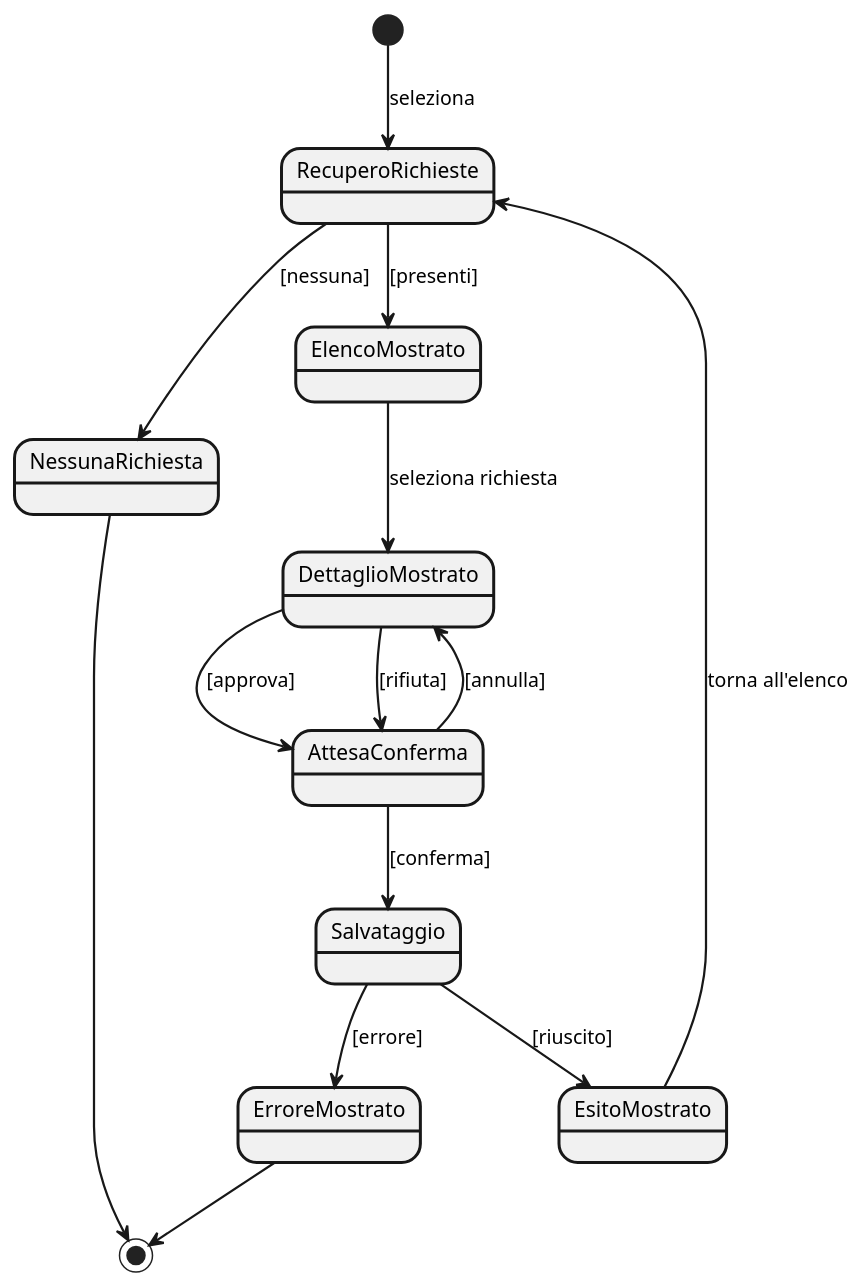
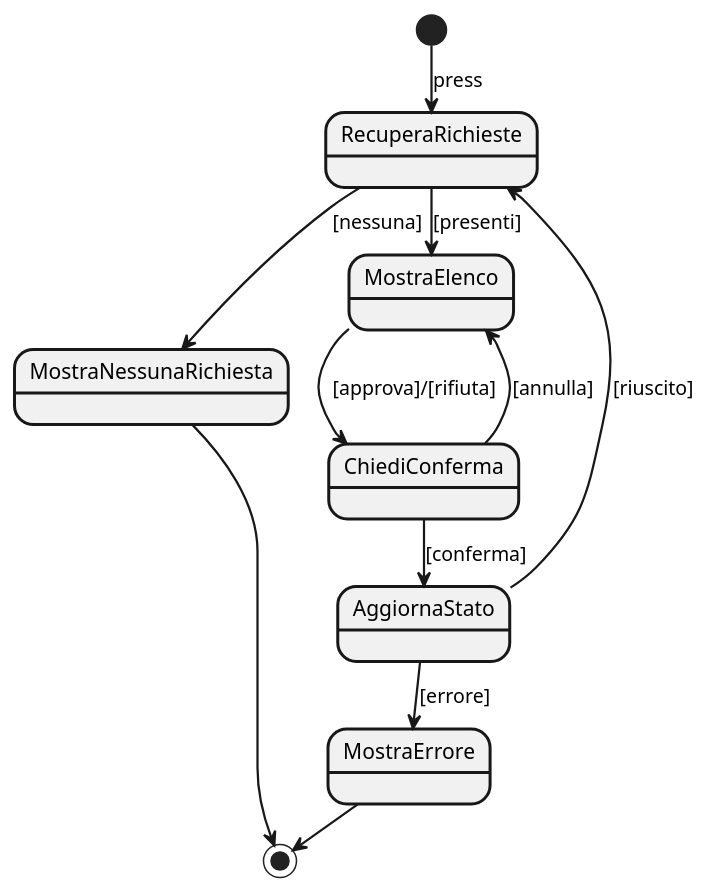
The diagram in RAD/src/SCD/SCD_GM_6.plantuml (rdelvacchio/AmplyMus), drawn with PlantUML before and after one commit. The commit also changed 4 other files, not shown here.

```diff
--- a/RAD/src/SCD/SCD_GM_6.plantuml
+++ b/RAD/src/SCD/SCD_GM_6.plantuml
@@ -1,31 +1,26 @@
 @startuml
 skinparam monochrome true
 skinparam shadowing false
-skinparam nodesep 50
-skinparam ranksep 50
+skinparam nodesep 25
+skinparam ranksep 25
 skinparam ArrowThickness 1.5
 skinparam state {
   BorderThickness 2
 }
 
-[*] --> RecuperoRichieste : seleziona
+[*] --> RecuperaRichieste : press
 
-RecuperoRichieste --> NessunaRichiesta : [nessuna]
-RecuperoRichieste --> ElencoMostrato : [presenti]
+RecuperaRichieste --> MostraNessunaRichiesta : [nessuna]
+RecuperaRichieste --> MostraElenco : [presenti]
 
-NessunaRichiesta --> [*] 
+MostraNessunaRichiesta --> [*]
 
-ElencoMostrato --> DettaglioMostrato : seleziona richiesta
+MostraElenco --> ChiediConferma : [approva]/[rifiuta]
+ChiediConferma --> MostraElenco : [annulla]
+ChiediConferma --> AggiornaStato : [conferma]
 
-DettaglioMostrato --> AttesaConferma : [approva]
-DettaglioMostrato --> AttesaConferma : [rifiuta]
+AggiornaStato --> MostraErrore : [errore]
+AggiornaStato --> RecuperaRichieste : [riuscito]
 
-AttesaConferma --> DettaglioMostrato : [annulla]
-AttesaConferma --> Salvataggio : [conferma]
-
-Salvataggio --> ErroreMostrato : [errore]
-Salvataggio --> EsitoMostrato : [riuscito]
-
-ErroreMostrato --> [*] 
-EsitoMostrato --> RecuperoRichieste : torna all'elenco
+MostraErrore --> [*]
 @enduml
```
